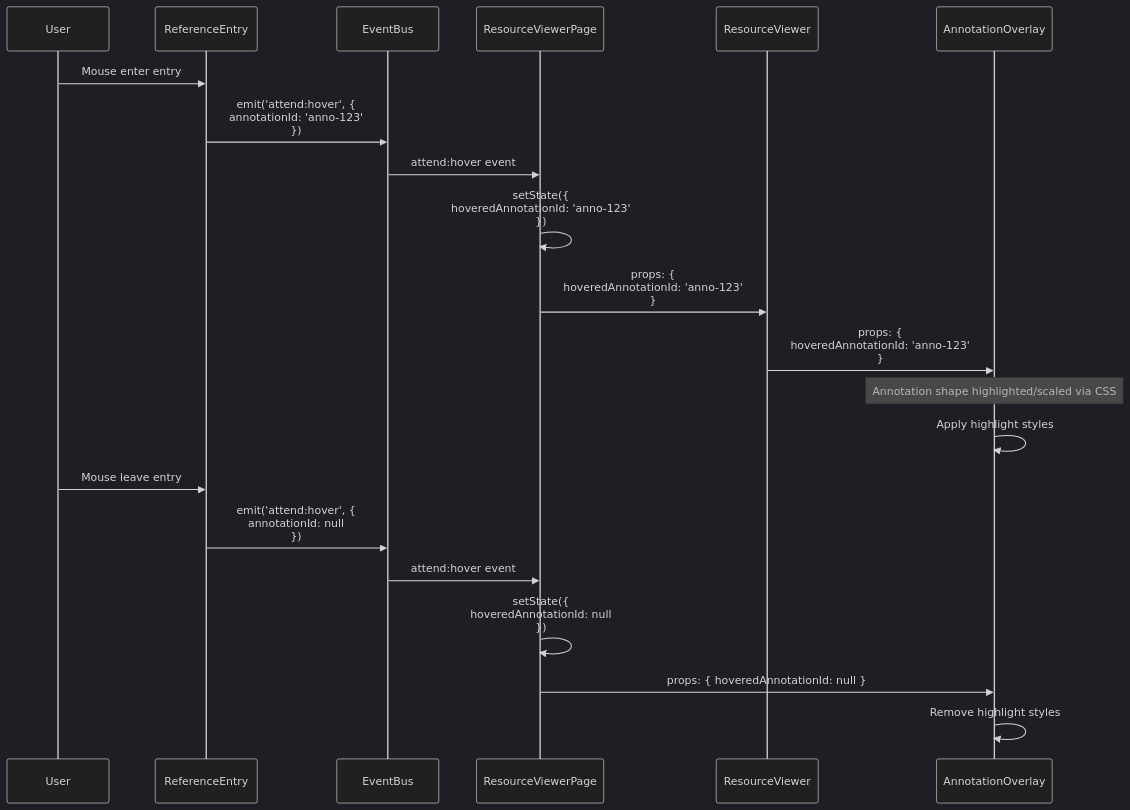
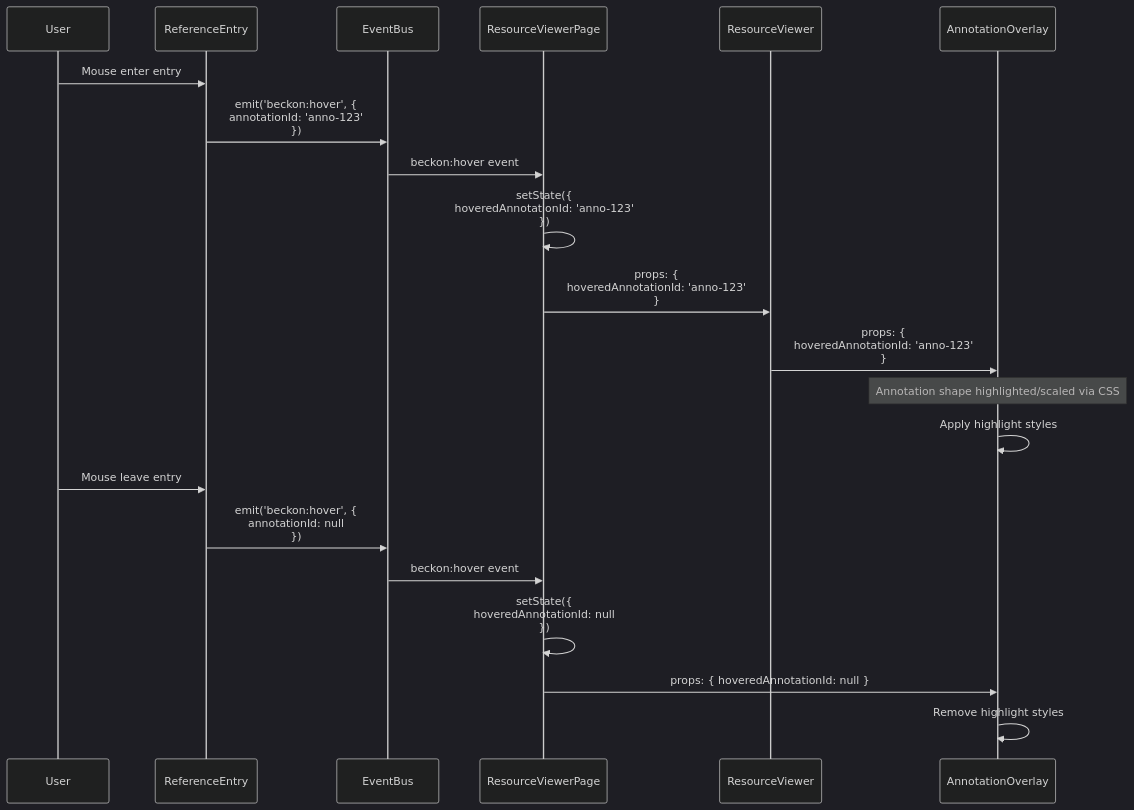
Before and after one commit to The-AI-Alliance/semiont: the third of 3 diagrams in packages/react-ui/docs/ANNOTATION-CLICK.md, drawn with Mermaid (dark theme). The commit also changed other lines of this file and 154 other files, not shown here.

First line of the commit message:
flow names (#453)

````diff
--- a/packages/react-ui/docs/ANNOTATION-CLICK.md
+++ b/packages/react-ui/docs/ANNOTATION-CLICK.md
@@ -248,31 +248,31 @@
 ```mermaid
 sequenceDiagram
     participant User
     participant Entry as ReferenceEntry
     participant Bus as EventBus
     participant Page as ResourceViewerPage
     participant Viewer as ResourceViewer
     participant Overlay as AnnotationOverlay
 
     User->>Entry: Mouse enter entry
-    Entry->>Bus: emit('attend:hover', {<br/>  annotationId: 'anno-123'<br/>})
-    Bus->>Page: attend:hover event
+    Entry->>Bus: emit('beckon:hover', {<br/>  annotationId: 'anno-123'<br/>})
+    Bus->>Page: beckon:hover event
 
     Page->>Page: setState({<br/>  hoveredAnnotationId: 'anno-123'<br/>})
 
     Page->>Viewer: props: {<br/>  hoveredAnnotationId: 'anno-123'<br/>}
     Viewer->>Overlay: props: {<br/>  hoveredAnnotationId: 'anno-123'<br/>}
 
     Note over Overlay: Annotation shape highlighted/scaled via CSS
 
     Overlay->>Overlay: Apply highlight styles
 
     User->>Entry: Mouse leave entry
-    Entry->>Bus: emit('attend:hover', {<br/>  annotationId: null<br/>})
-    Bus->>Page: attend:hover event
+    Entry->>Bus: emit('beckon:hover', {<br/>  annotationId: null<br/>})
+    Bus->>Page: beckon:hover event
 
     Page->>Page: setState({<br/>  hoveredAnnotationId: null<br/>})
 
     Page->>Overlay: props: { hoveredAnnotationId: null }
     Overlay->>Overlay: Remove highlight styles
 ```
````
